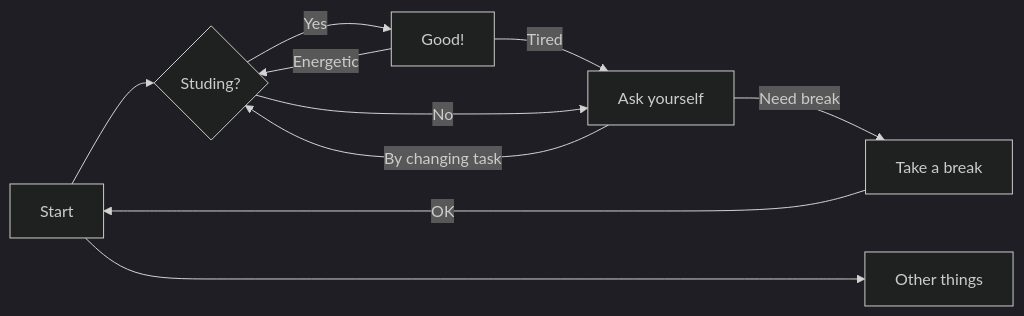
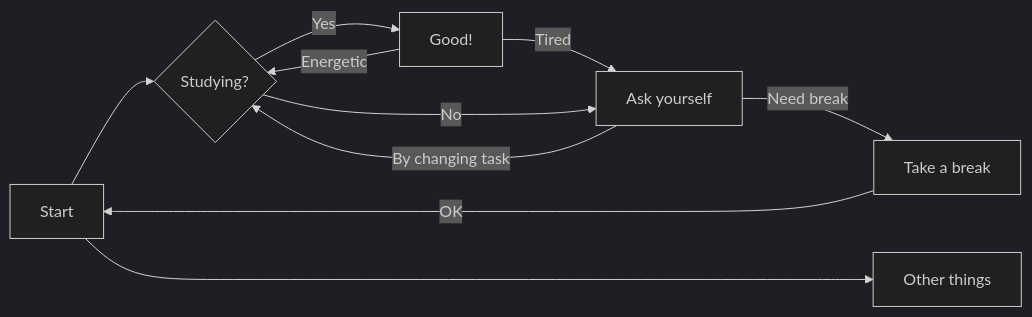
The diagram in docs/Lessons/How_1.md (XuebaStudy/notebook), drawn with Mermaid (dark theme) before and after one commit. The commit also changed other lines of this file and 6 other files, not shown here.

````diff
--- a/docs/Lessons/How_1.md
+++ b/docs/Lessons/How_1.md
@@ -5,12 +5,12 @@
     ```mermaid
     graph LR
-      A[Start] --> B{Studing?};
-      B -->|Yes| C[Good!];
-      C -->|Energetic| B;
-      C -->|Tired| D[Ask yourself];
-      D -->|By changing task| B;
-      B -->|No| D;
-      D -->|Need break| E[Take a break];
-      E -->|OK| A;
-      A ----->F[Other things];
+      A[Start] --> B{Studying?}
+      B -->|Yes| C[Good!]
+      C -->|Energetic| B
+      C -->|Tired| D[Ask yourself]
+      D -->|By changing task| B
+      B -->|No| D
+      D -->|Need break| E[Take a break]
+      E -->|OK| A
+      A ----->F[Other things]
     ```
````
